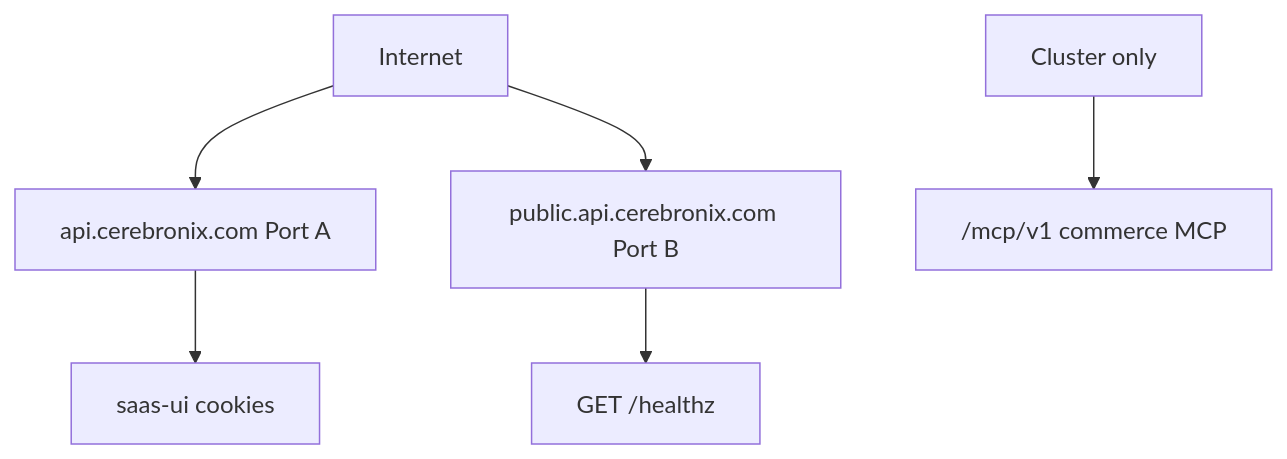
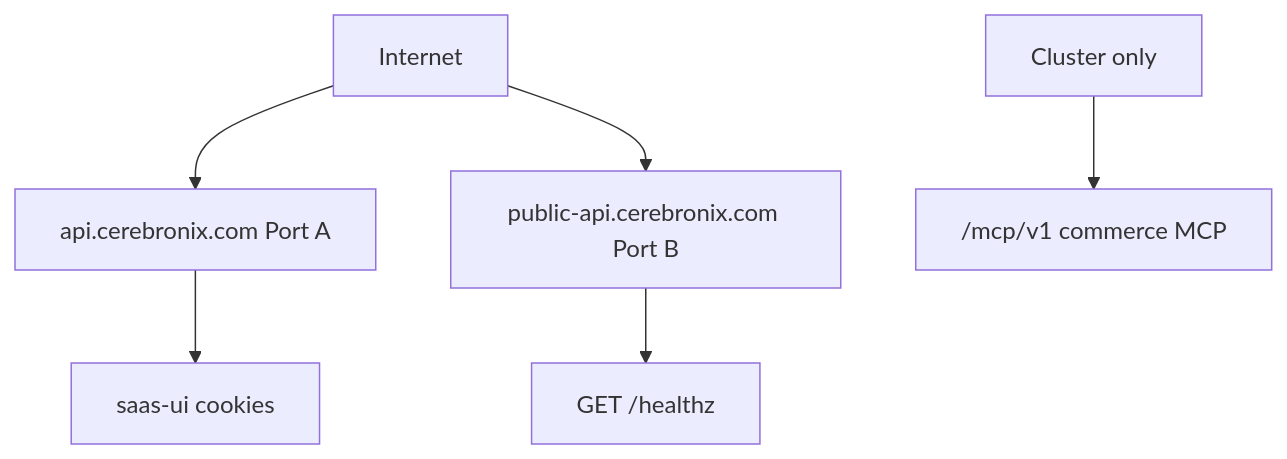
Before and after one commit to Cerebronix-AI/cerebronix-docs: the diagram in apps/socs/content/docs/current/overview.mdx, drawn with Mermaid. The commit also changed other lines of this file and 2 other files, not shown here.

Commit message:
docs: point Wave 0 public host at public-api.cerebronix.com

````diff
--- a/apps/socs/content/docs/current/overview.mdx
+++ b/apps/socs/content/docs/current/overview.mdx
@@ -17,9 +17,9 @@
 ```mermaid
 flowchart TB
   internet[Internet]
   internet --> sessionHost[api.cerebronix.com Port A]
-  internet --> publicHost[public.api.cerebronix.com Port B]
+  internet --> publicHost[public-api.cerebronix.com Port B]
   sessionHost --> saasUi[saas-ui cookies]
   publicHost --> healthz["GET /healthz"]
   cluster["Cluster only"] --> mcp["/mcp/v1 commerce MCP"]
 ```
````
